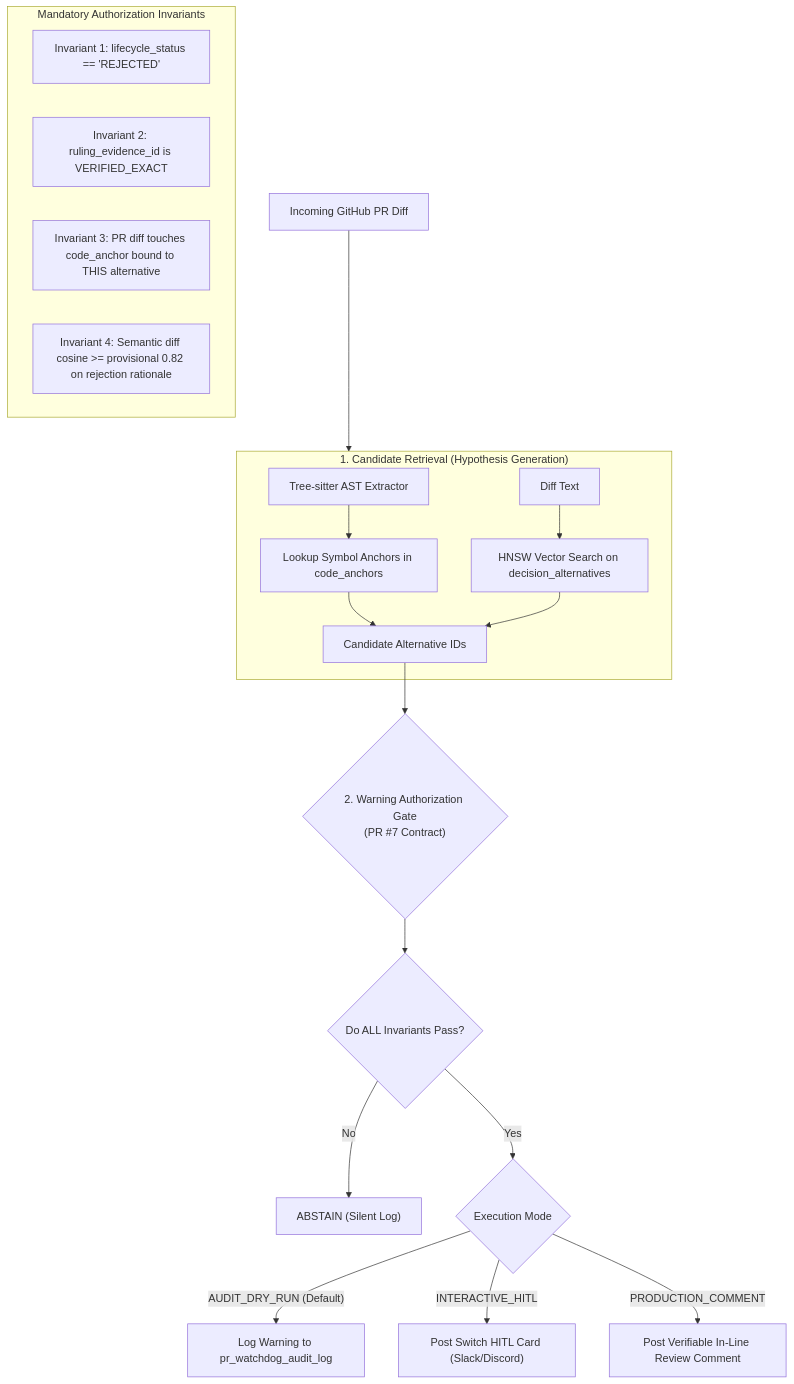
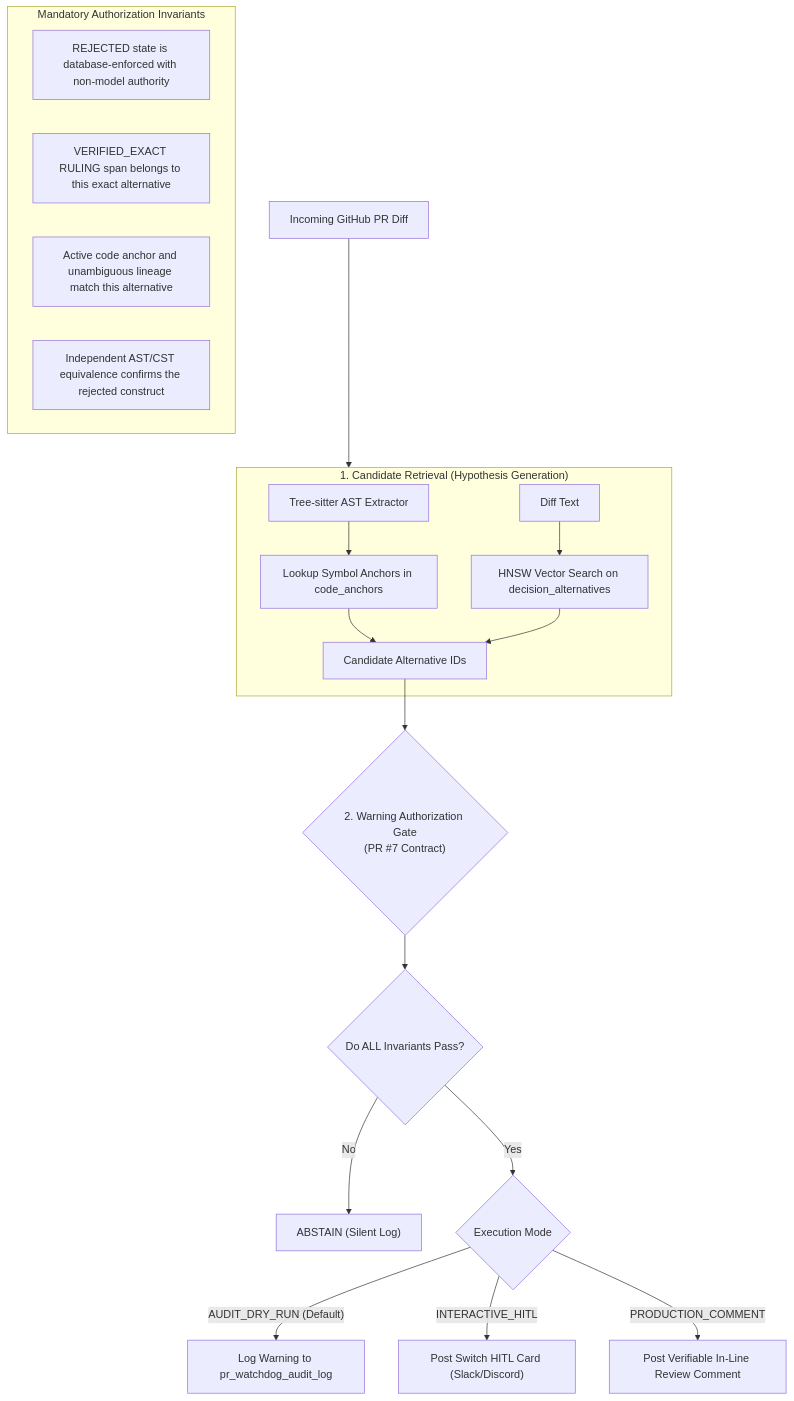
One commit to MRiARC/biscuit changed the second of 2 diagrams in docs/STORAGE_AND_RETRIEVAL.md. Above: the diagram before and after it, drawn with Mermaid. The commit also changed other lines of this file, not shown here.

Commit message:
docs: enforce provenance, ruling, and audit invariants

````diff
--- a/docs/STORAGE_AND_RETRIEVAL.md
+++ b/docs/STORAGE_AND_RETRIEVAL.md
@@ -701,28 +989,28 @@
 ```mermaid
 flowchart TD
     PR["Incoming GitHub PR Diff"] --> CandidateGen
 
     subgraph CandidateGen["1. Candidate Retrieval (Hypothesis Generation)"]
         Tree["Tree-sitter AST Extractor"] --> SymMatch["Lookup Symbol Anchors in code_anchors"]
         DiffHunk["Diff Text"] --> VecSearch["HNSW Vector Search on decision_alternatives"]
         SymMatch --> Candidates["Candidate Alternative IDs"]
         VecSearch --> Candidates
     end
 
     Candidates --> AuthGate{"2. Warning Authorization Gate<br/>(PR #7 Contract)"}
 
     subgraph AuthGateCriteria["Mandatory Authorization Invariants"]
-        C1["Invariant 1: lifecycle_status == 'REJECTED'"]
-        C2["Invariant 2: ruling_evidence_id is VERIFIED_EXACT"]
-        C3["Invariant 3: PR diff touches code_anchor bound to THIS alternative"]
-        C4["Invariant 4: Semantic diff cosine >= provisional 0.82 on rejection rationale"]
+        C1["REJECTED state is database-enforced with non-model authority"]
+        C2["VERIFIED_EXACT RULING span belongs to this exact alternative"]
+        C3["Active code anchor and unambiguous lineage match this alternative"]
+        C4["Independent AST/CST equivalence confirms the rejected construct"]
     end
 
     AuthGate --> AllPass{"Do ALL Invariants Pass?"}
     AllPass -- No --> Abstain["ABSTAIN (Silent Log)"]
     AllPass -- Yes --> ModeCheck{"Execution Mode"}
     
     ModeCheck -- "AUDIT_DRY_RUN (Default)" --> AuditLog["Log Warning to pr_watchdog_audit_log"]
     ModeCheck -- "INTERACTIVE_HITL" --> HITL["Post Switch HITL Card (Slack/Discord)"]
     ModeCheck -- "PRODUCTION_COMMENT" --> PostPR["Post Verifiable In-Line Review Comment"]
 ```
````
